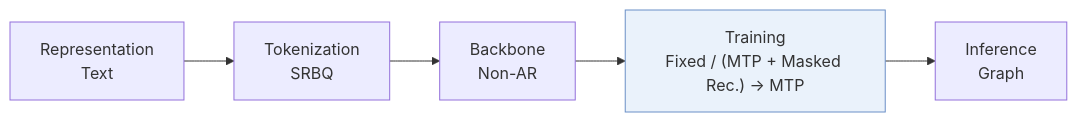
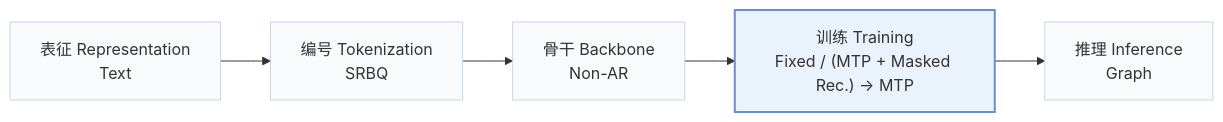
The first of 2 diagrams in pages/zh/papers/sahl.md (Galaxy-ghost/Awesome-SID-Generative-Rec), drawn with Mermaid before and after one commit. The commit also changed other lines of this file and 649 other files, not shown here.

Commit message:
writer-05: also tags and modality index (schema, check, build, visuals); summary field removed; calibration data for 12 papers

````diff
--- a/pages/zh/papers/sahl.md
+++ b/pages/zh/papers/sahl.md
@@ -13,6 +15,8 @@
 ```mermaid
 flowchart LR
-    R["Representation<br/>Text"] --> T["Tokenization<br/>SRBQ"] --> B["Backbone<br/>Non-AR"] --> TR["Training<br/>Fixed / (MTP + Masked Rec.) → MTP"] --> I["Inference<br/>Graph"]
-    classDef main fill:#eaf2fb,stroke:#6b8fc7
+    R["表征 Representation<br/>Text"] --> T["编号 Tokenization<br/>SRBQ"] --> B["骨干 Backbone<br/>Non-AR"] --> TR["训练 Training<br/>Fixed / (MTP + Masked Rec.) → MTP"] --> I["推理 Inference<br/>Graph"]
+    classDef base fill:#f8fafc,stroke:#cbd5e1
+    class R,T,B,TR,I base
+    classDef main fill:#eaf2fb,stroke:#6b8fc7,stroke-width:2px
     class TR main
 ```
````
